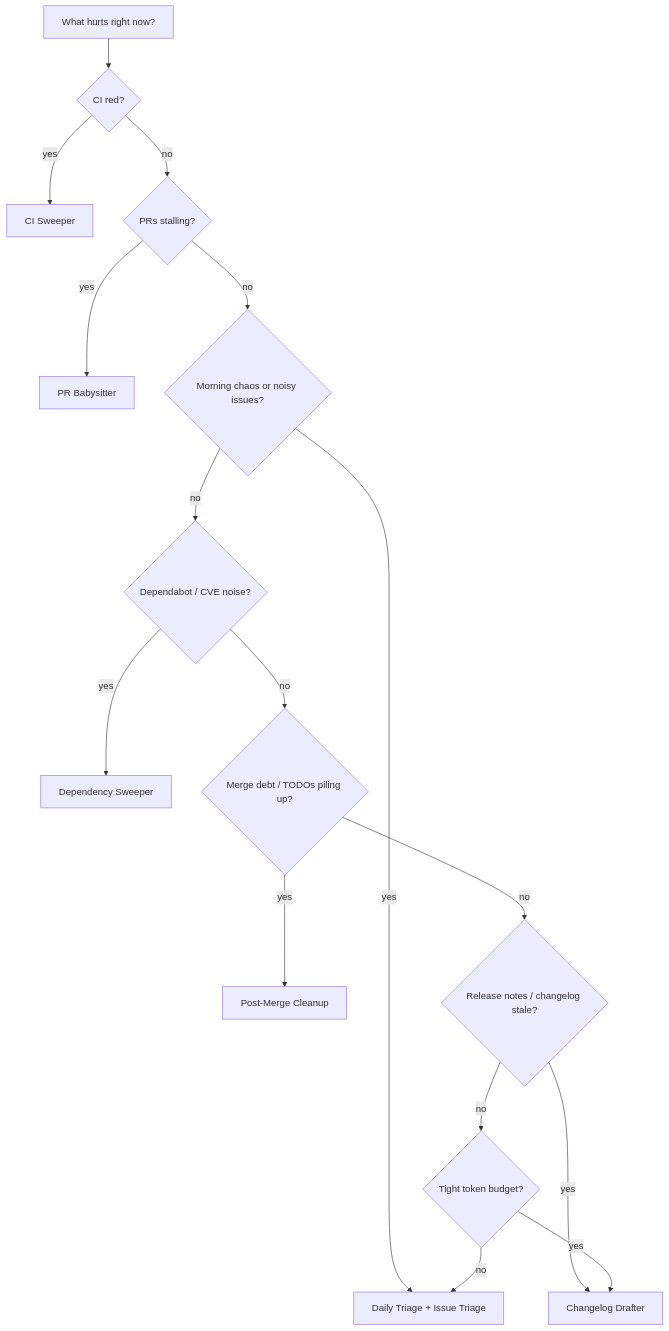
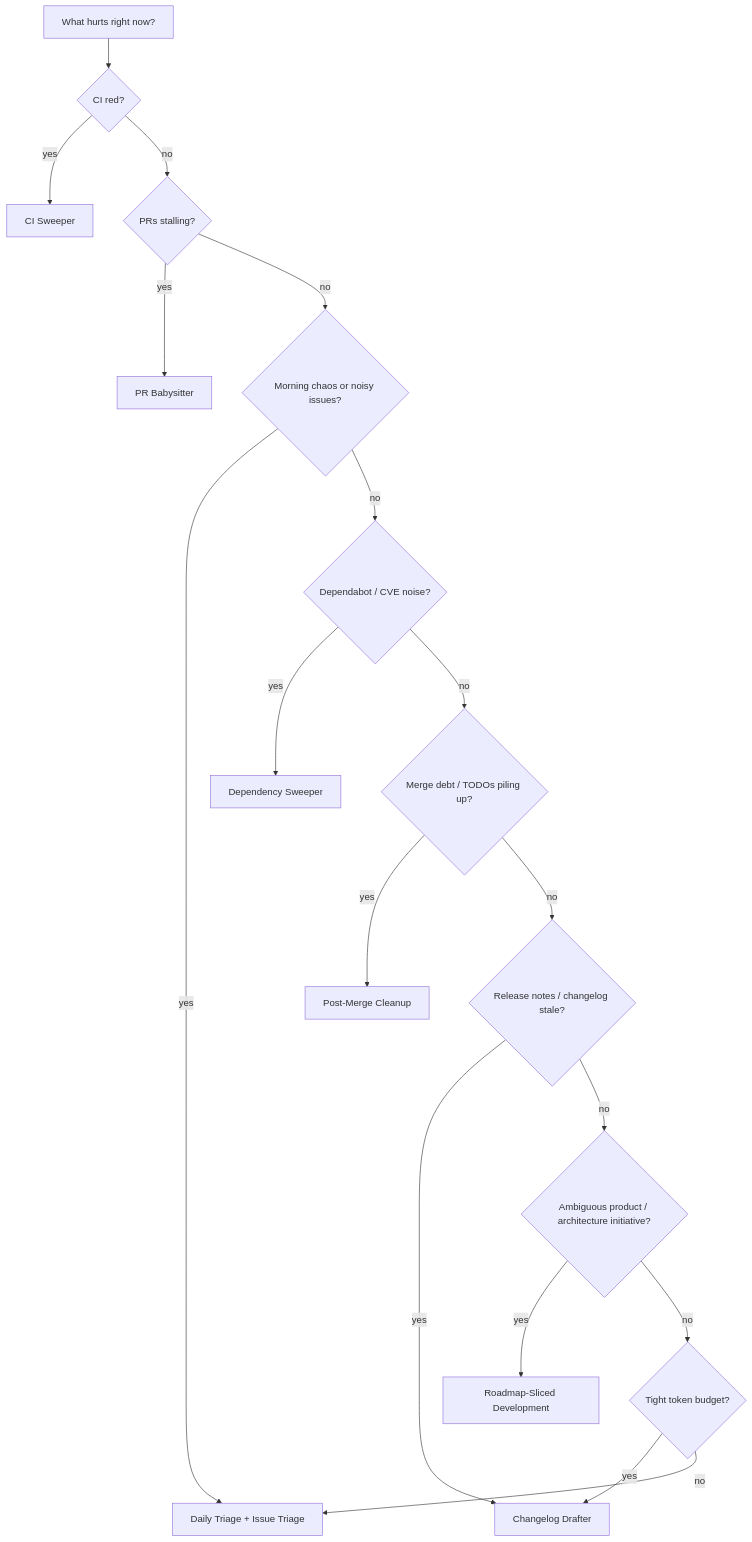
One commit to jununfly/ZAgenticLoop changed the diagram in docs/pattern-picker.md. Above: the diagram before and after it, drawn with Mermaid. The commit also changed other lines of this file and 16 other files, not shown here.

Commit message:
Register roadmap-sliced development pattern

````diff
--- a/docs/pattern-picker.md
+++ b/docs/pattern-picker.md
@@ -5,18 +5,20 @@
 ```mermaid
 flowchart TD
     A[What hurts right now?] --> B{CI red?}
     B -->|yes| C[CI Sweeper]
     B -->|no| D{PRs stalling?}
     D -->|yes| E[PR Babysitter]
     D -->|no| F{Morning chaos or noisy issues?}
     F -->|yes| G[Daily Triage + Issue Triage]
     F -->|no| H{Dependabot / CVE noise?}
     H -->|yes| I[Dependency Sweeper]
     H -->|no| J{Merge debt / TODOs piling up?}
     J -->|yes| K[Post-Merge Cleanup]
     J -->|no| L{Release notes / changelog stale?}
     L -->|yes| M[Changelog Drafter]
-    L -->|no| N{Tight token budget?}
-    N -->|yes| M
-    N -->|no| G
+    L -->|no| N{Ambiguous product / architecture initiative?}
+    N -->|yes| O[Roadmap-Sliced Development]
+    N -->|no| P{Tight token budget?}
+    P -->|yes| M
+    P -->|no| G
 ```
````
